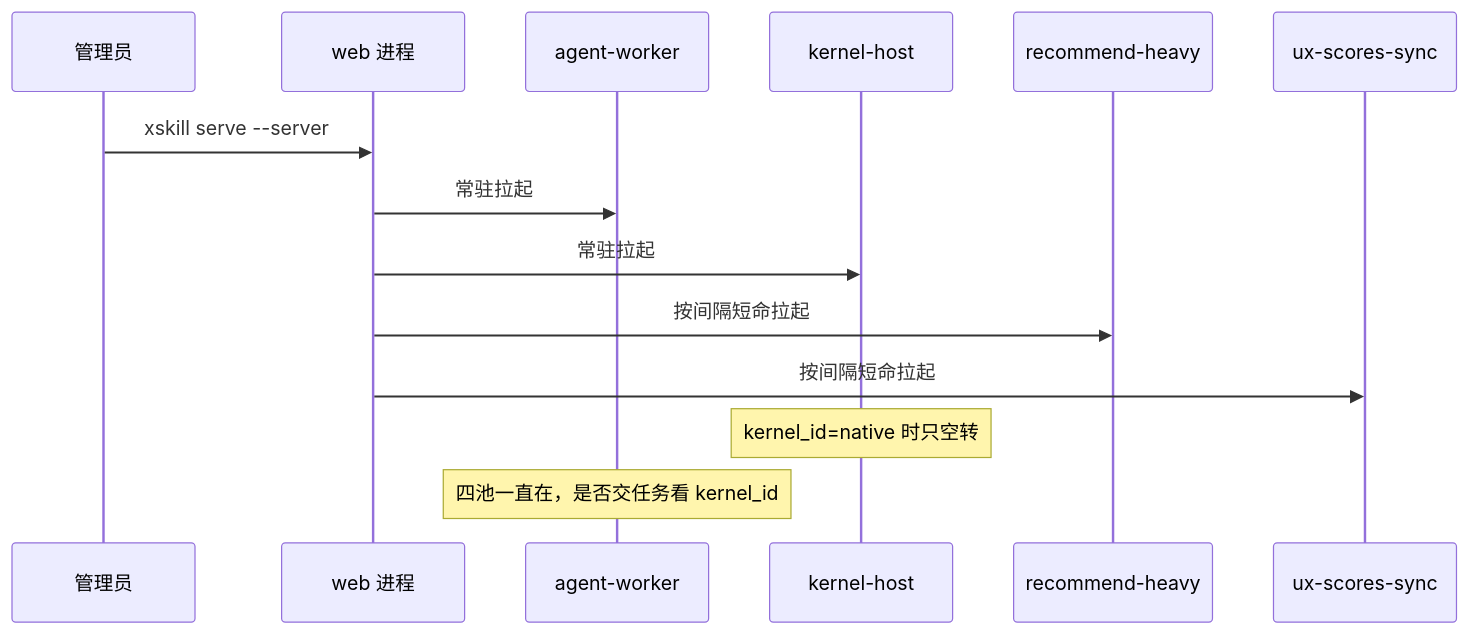
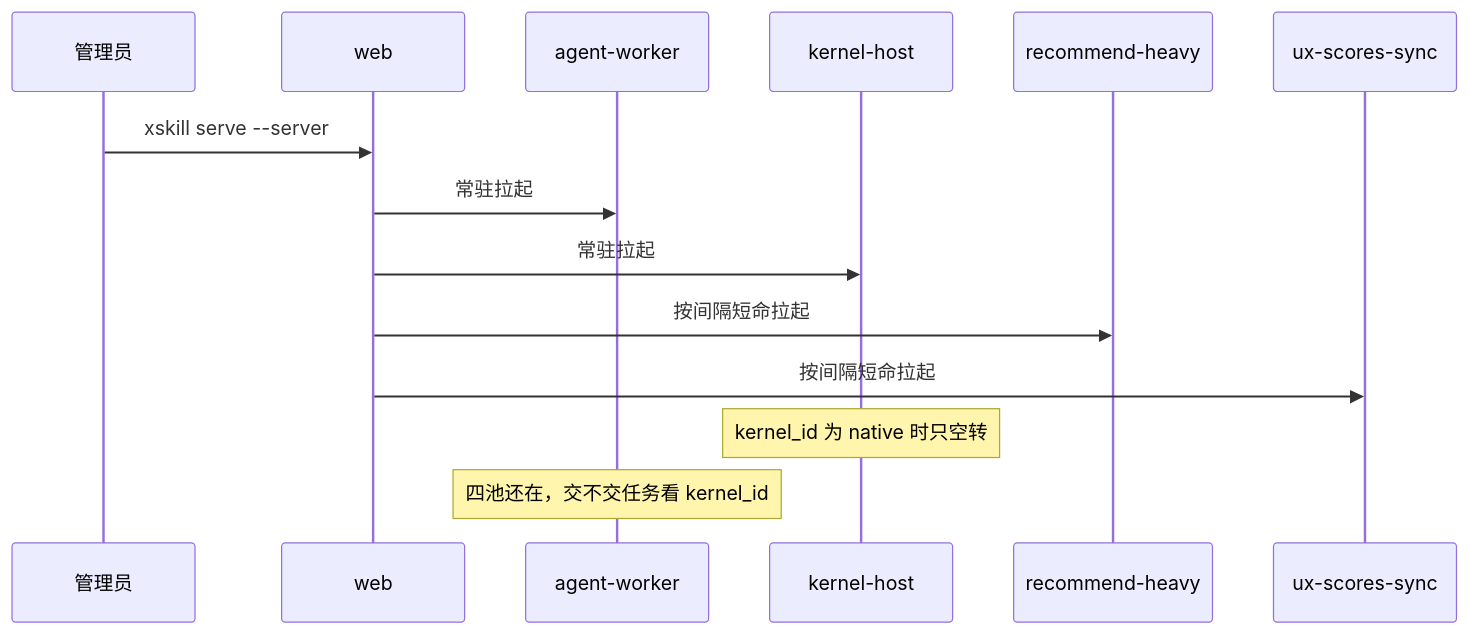
The first of 6 diagrams in docs/plans/2026-08-27-openearth-landing-on-main.md (SkillNerds/xskill), drawn with Mermaid before and after one commit. The commit also changed other lines of this file, not shown here.

First line of the commit message:
docs: put sequence and class diagrams first on the OE landing note

````diff
--- a/docs/plans/2026-08-27-openearth-landing-on-main.md
+++ b/docs/plans/2026-08-27-openearth-landing-on-main.md
@@ -118,17 +15,17 @@
 ```mermaid
 sequenceDiagram
     participant Admin as 管理员
-    participant Web as web 进程
+    participant Web as web
     participant AW as agent-worker
     participant KH as kernel-host
     participant RH as recommend-heavy
     participant UX as ux-scores-sync
 
     Admin->>Web: xskill serve --server
     Web->>AW: 常驻拉起
     Web->>KH: 常驻拉起
     Web->>RH: 按间隔短命拉起
     Web->>UX: 按间隔短命拉起
-    Note over KH: kernel_id=native 时只空转
-    Note over AW: 四池一直在，是否交任务看 kernel_id
+    Note over KH: kernel_id 为 native 时只空转
+    Note over AW: 四池还在，交不交任务看 kernel_id
 ```
````
